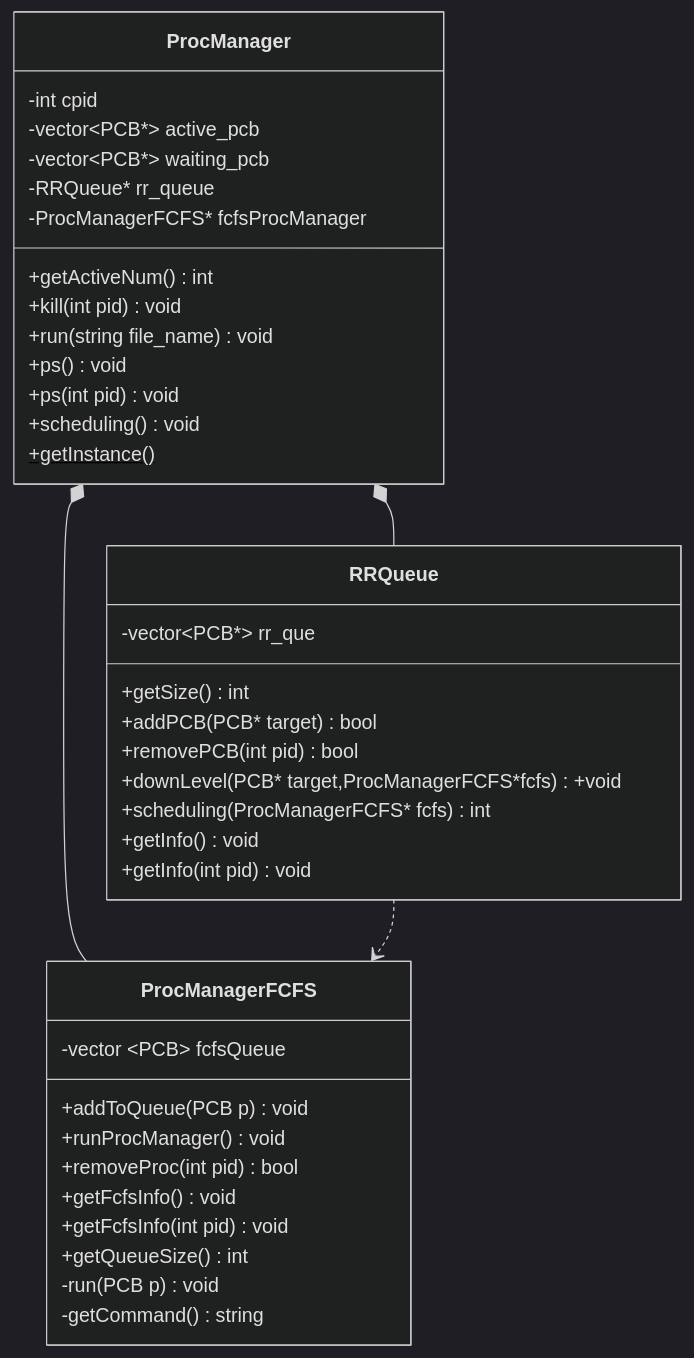
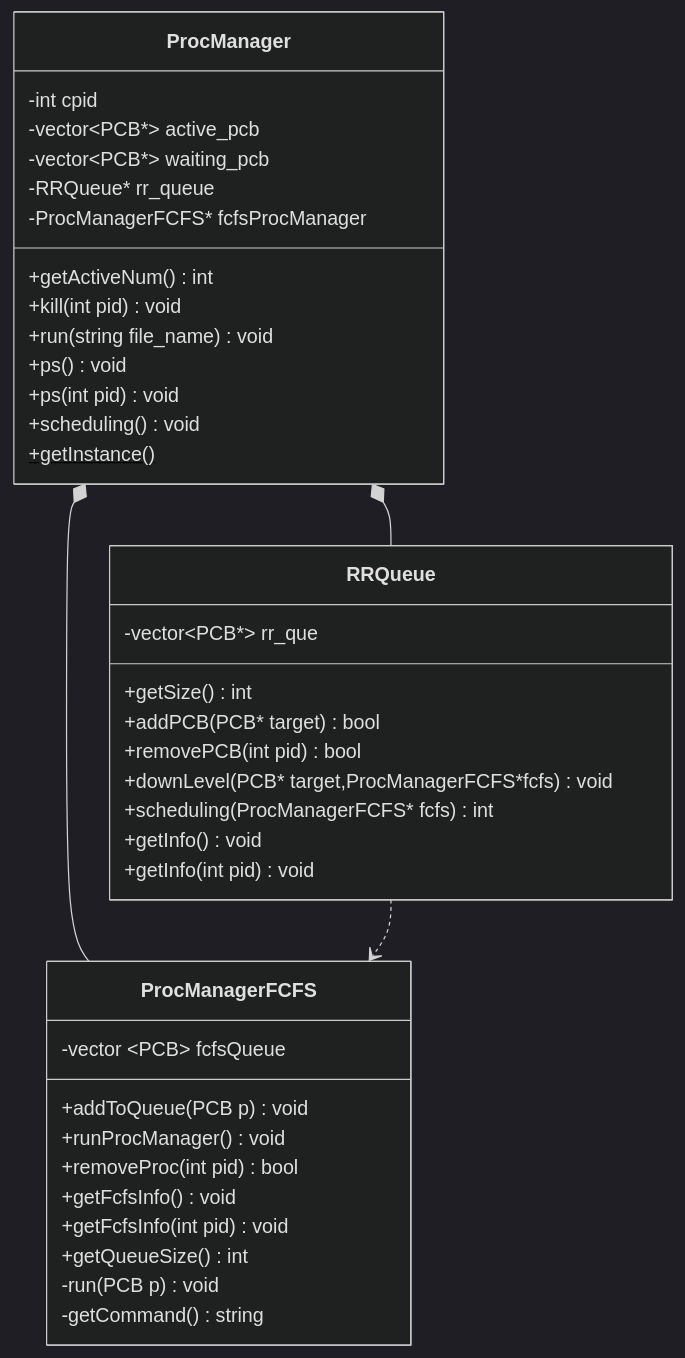
The diagram in README.md (MsunM-cell/Operating-System), drawn with Mermaid (dark theme) before and after one commit.

Commit message:
写了写

````diff
--- a/README.md
+++ b/README.md
@@ -5,42 +5,42 @@
 ```mermaid
 classDiagram
 class RRQueue {
     -vector~PCB*~ rr_que
     +getSize() int 
     +addPCB(PCB* target) bool
     +removePCB(int pid) bool
-    +downLevel(PCB* target,ProcManagerFCFS*fcfs) +void 
+    +downLevel(PCB* target,ProcManagerFCFS*fcfs) void 
     +scheduling(ProcManagerFCFS* fcfs) int
     +getInfo() void
     +getInfo(int pid) void
 }
 class ProcManagerFCFS {
     -vector ~PCB~ fcfsQueue
     +addToQueue(PCB p) void
     +runProcManager() void
     +removeProc(int pid) bool
     +getFcfsInfo() void
     +getFcfsInfo(int pid) void
     +getQueueSize() int
     -run(PCB p) void
     -getCommand() string
 }
 class ProcManager {
     -int cpid
     -vector~PCB*~ active_pcb
     -vector~PCB*~ waiting_pcb
     -RRQueue* rr_queue
     -ProcManagerFCFS* fcfsProcManager
 
     +getActiveNum() int
     +kill(int pid) void
     +run(string file_name) void
     +ps() void
     +ps(int pid) void
     +scheduling() void
     +getInstance()$
 }
 ProcManager *-- RRQueue
 ProcManager *-- ProcManagerFCFS
 RRQueue ..>ProcManagerFCFS 
 ```
````
